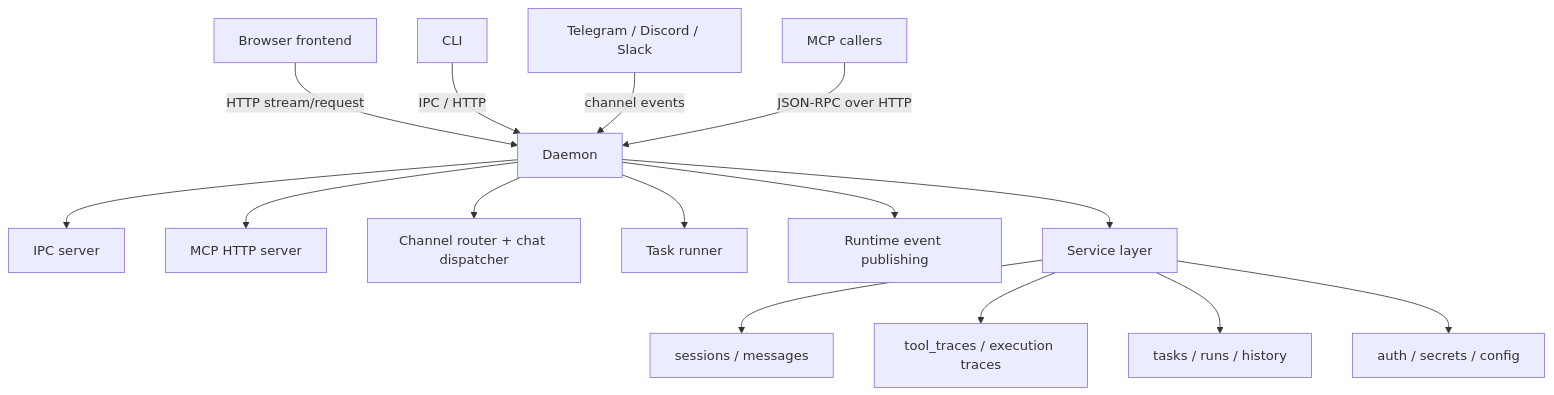
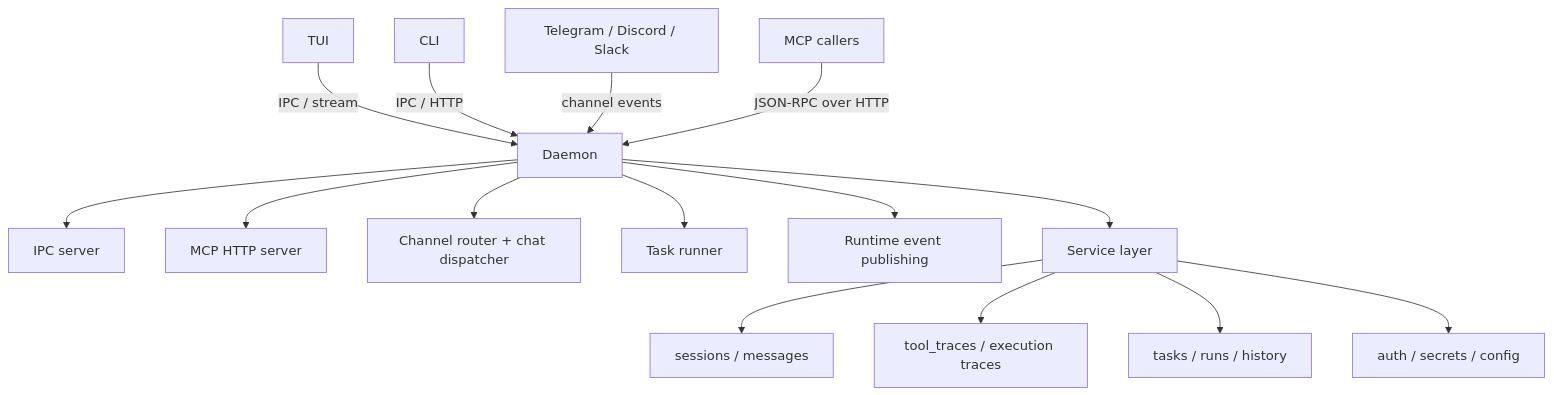
Before and after one commit to lhwzds/restflow: the first of 3 diagrams in SYSTEM_ARCHITECTURE.md, drawn with Mermaid. The commit also changed other lines of this file and 663 other files, not shown here.

````diff
--- a/SYSTEM_ARCHITECTURE.md
+++ b/SYSTEM_ARCHITECTURE.md
@@ -32,19 +32,19 @@
 ```mermaid
 flowchart TD
-    Browser["Browser frontend"] -->|"HTTP stream/request"| Daemon["Daemon"]
+    TUI["TUI"] -->|"IPC / stream"| Daemon["Daemon"]
     CLI["CLI"] -->|"IPC / HTTP"| Daemon
     Channels["Telegram / Discord / Slack"] -->|"channel events"| Daemon
     McpCallers["MCP callers"] -->|"JSON-RPC over HTTP"| Daemon
 
     Daemon --> Ipc["IPC server"]
     Daemon --> Mcp["MCP HTTP server"]
     Daemon --> Router["Channel router + chat dispatcher"]
     Daemon --> Runner["Task runner"]
     Daemon --> Runtime["Runtime event publishing"]
     Daemon --> Services["Service layer"]
 
     Services --> Sessions["sessions / messages"]
     Services --> Traces["tool_traces / execution traces"]
     Services --> Tasks["tasks / runs / history"]
     Services --> Secrets["auth / secrets / config"]
 ```
````
